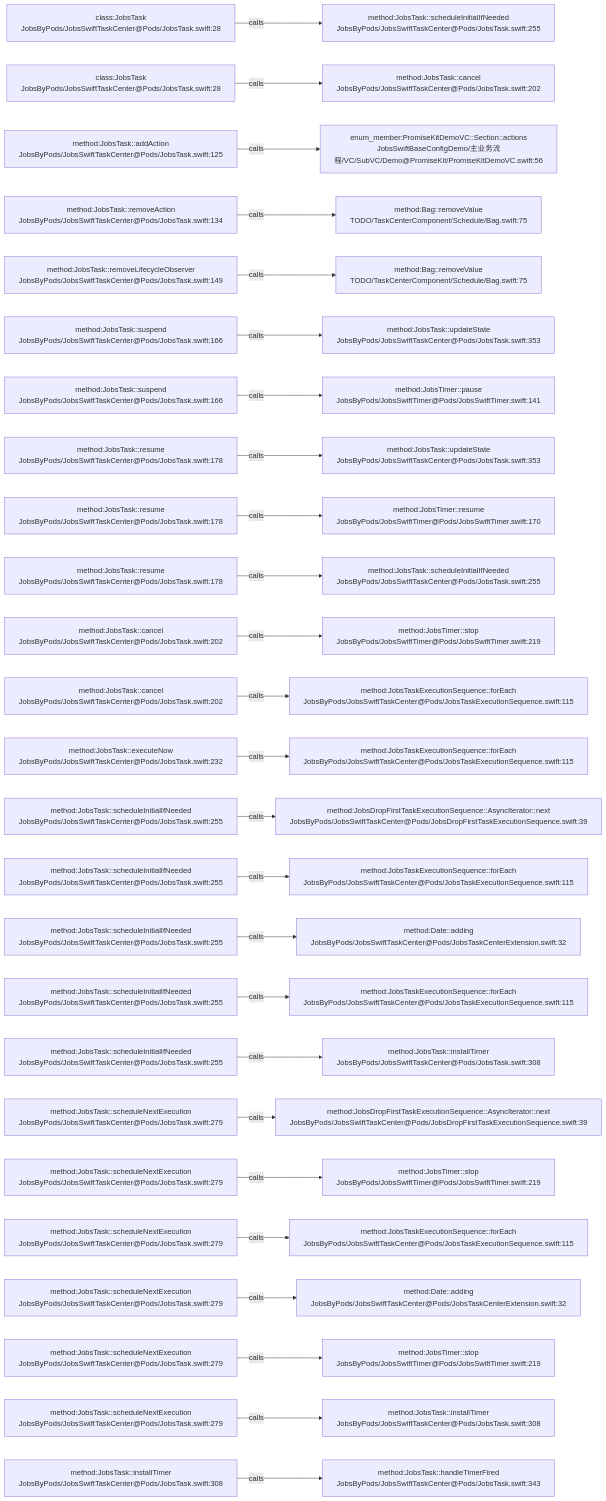
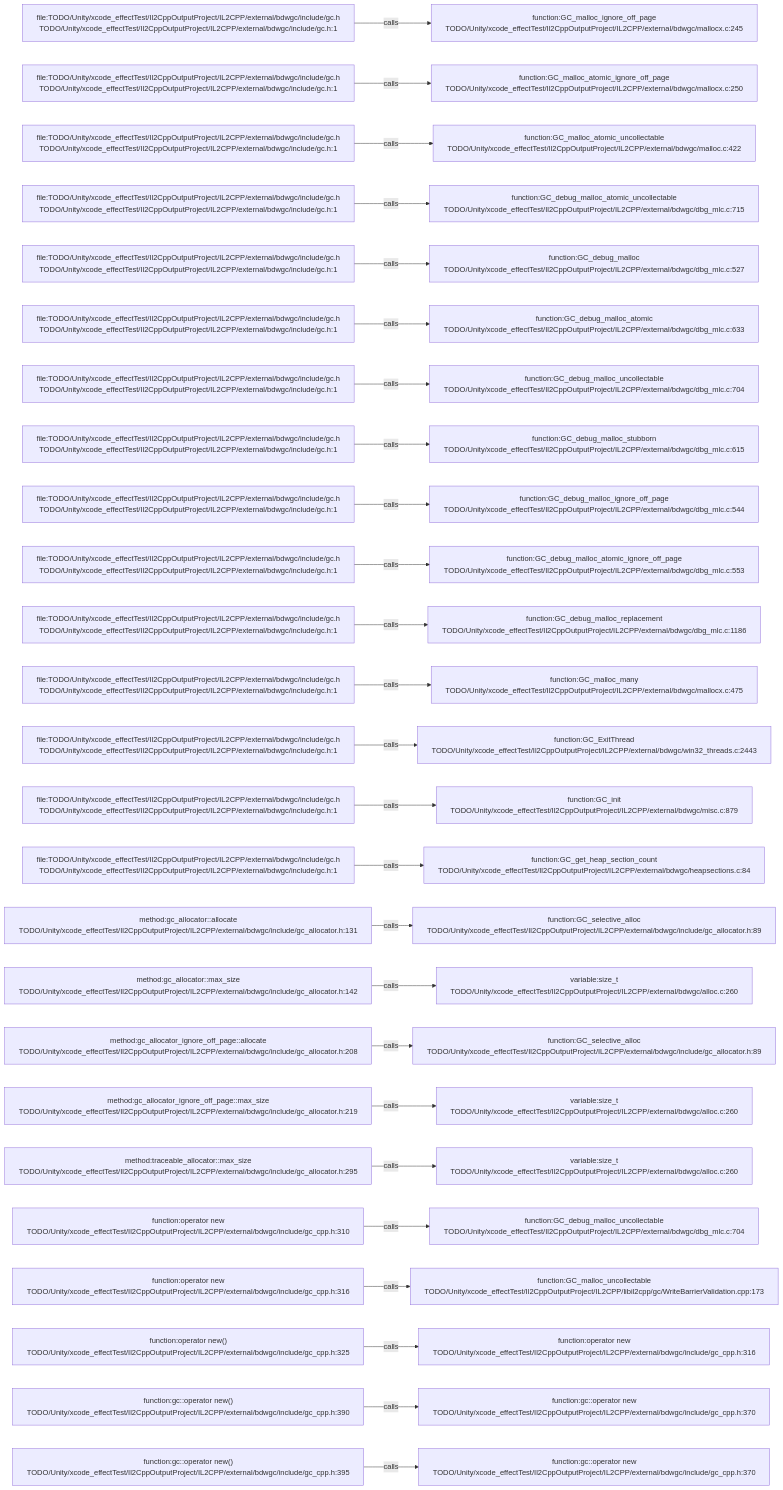
One commit to JobsKits/JobsSwiftBaseConfigDemo changed the diagram in .codegraph/codegraph.md/graphs/calls-180.md. Above: the diagram before and after it, drawn with Mermaid. The commit also changed 569 other files, not shown here.

````diff
--- a/.codegraph/codegraph.md/graphs/calls-180.md
+++ b/.codegraph/codegraph.md/graphs/calls-180.md
@@ -13,78 +13,78 @@
 ```mermaid
 flowchart LR
-  S1["class:JobsTask<br/>JobsByPods/JobsSwiftTaskCenter@Pods/JobsTask.swift:28"]
-  T1["method:JobsTask::scheduleInitialIfNeeded<br/>JobsByPods/JobsSwiftTaskCenter@Pods/JobsTask.swift:255"]
+  S1["file:TODO/Unity/xcode_effectTest/Il2CppOutputProject/IL2CPP/external/bdwgc/include/gc.h<br/>TODO/Unity/xcode_effectTest/Il2CppOutputProject/IL2CPP/external/bdwgc/include/gc.h:1"]
+  T1["function:GC_malloc_ignore_off_page<br/>TODO/Unity/xcode_effectTest/Il2CppOutputProject/IL2CPP/external/bdwgc/mallocx.c:245"]
   S1 -->|calls| T1
-  S2["class:JobsTask<br/>JobsByPods/JobsSwiftTaskCenter@Pods/JobsTask.swift:28"]
-  T2["method:JobsTask::cancel<br/>JobsByPods/JobsSwiftTaskCenter@Pods/JobsTask.swift:202"]
+  S2["file:TODO/Unity/xcode_effectTest/Il2CppOutputProject/IL2CPP/external/bdwgc/include/gc.h<br/>TODO/Unity/xcode_effectTest/Il2CppOutputProject/IL2CPP/external/bdwgc/include/gc.h:1"]
+  T2["function:GC_malloc_atomic_ignore_off_page<br/>TODO/Unity/xcode_effectTest/Il2CppOutputProject/IL2CPP/external/bdwgc/mallocx.c:250"]
   S2 -->|calls| T2
-  S3["method:JobsTask::addAction<br/>JobsByPods/JobsSwiftTaskCenter@Pods/JobsTask.swift:125"]
-  T3["enum_member:PromiseKitDemoVC::Section::actions<br/>JobsSwiftBaseConfigDemo/主业务流程/VC/SubVC/Demo@PromiseKit/PromiseKitDemoVC.swift:56"]
+  S3["file:TODO/Unity/xcode_effectTest/Il2CppOutputProject/IL2CPP/external/bdwgc/include/gc.h<br/>TODO/Unity/xcode_effectTest/Il2CppOutputProject/IL2CPP/external/bdwgc/include/gc.h:1"]
+  T3["function:GC_malloc_atomic_uncollectable<br/>TODO/Unity/xcode_effectTest/Il2CppOutputProject/IL2CPP/external/bdwgc/malloc.c:422"]
   S3 -->|calls| T3
-  S4["method:JobsTask::removeAction<br/>JobsByPods/JobsSwiftTaskCenter@Pods/JobsTask.swift:134"]
-  T4["method:Bag::removeValue<br/>TODO/TaskCenterComponent/Schedule/Bag.swift:75"]
+  S4["file:TODO/Unity/xcode_effectTest/Il2CppOutputProject/IL2CPP/external/bdwgc/include/gc.h<br/>TODO/Unity/xcode_effectTest/Il2CppOutputProject/IL2CPP/external/bdwgc/include/gc.h:1"]
+  T4["function:GC_debug_malloc_atomic_uncollectable<br/>TODO/Unity/xcode_effectTest/Il2CppOutputProject/IL2CPP/external/bdwgc/dbg_mlc.c:715"]
   S4 -->|calls| T4
-  S5["method:JobsTask::removeLifecycleObserver<br/>JobsByPods/JobsSwiftTaskCenter@Pods/JobsTask.swift:149"]
-  T5["method:Bag::removeValue<br/>TODO/TaskCenterComponent/Schedule/Bag.swift:75"]
+  S5["file:TODO/Unity/xcode_effectTest/Il2CppOutputProject/IL2CPP/external/bdwgc/include/gc.h<br/>TODO/Unity/xcode_effectTest/Il2CppOutputProject/IL2CPP/external/bdwgc/include/gc.h:1"]
+  T5["function:GC_debug_malloc<br/>TODO/Unity/xcode_effectTest/Il2CppOutputProject/IL2CPP/external/bdwgc/dbg_mlc.c:527"]
   S5 -->|calls| T5
-  S6["method:JobsTask::suspend<br/>JobsByPods/JobsSwiftTaskCenter@Pods/JobsTask.swift:166"]
-  T6["method:JobsTask::updateState<br/>JobsByPods/JobsSwiftTaskCenter@Pods/JobsTask.swift:353"]
+  S6["file:TODO/Unity/xcode_effectTest/Il2CppOutputProject/IL2CPP/external/bdwgc/include/gc.h<br/>TODO/Unity/xcode_effectTest/Il2CppOutputProject/IL2CPP/external/bdwgc/include/gc.h:1"]
+  T6["function:GC_debug_malloc_atomic<br/>TODO/Unity/xcode_effectTest/Il2CppOutputProject/IL2CPP/external/bdwgc/dbg_mlc.c:633"]
   S6 -->|calls| T6
-  S7["method:JobsTask::suspend<br/>JobsByPods/JobsSwiftTaskCenter@Pods/JobsTask.swift:166"]
-  T7["method:JobsTimer::pause<br/>JobsByPods/JobsSwiftTimer@Pods/JobsSwiftTimer.swift:141"]
+  S7["file:TODO/Unity/xcode_effectTest/Il2CppOutputProject/IL2CPP/external/bdwgc/include/gc.h<br/>TODO/Unity/xcode_effectTest/Il2CppOutputProject/IL2CPP/external/bdwgc/include/gc.h:1"]
+  T7["function:GC_debug_malloc_uncollectable<br/>TODO/Unity/xcode_effectTest/Il2CppOutputProject/IL2CPP/external/bdwgc/dbg_mlc.c:704"]
   S7 -->|calls| T7
-  S8["method:JobsTask::resume<br/>JobsByPods/JobsSwiftTaskCenter@Pods/JobsTask.swift:178"]
-  T8["method:JobsTask::updateState<br/>JobsByPods/JobsSwiftTaskCenter@Pods/JobsTask.swift:353"]
+  S8["file:TODO/Unity/xcode_effectTest/Il2CppOutputProject/IL2CPP/external/bdwgc/include/gc.h<br/>TODO/Unity/xcode_effectTest/Il2CppOutputProject/IL2CPP/external/bdwgc/include/gc.h:1"]
+  T8["function:GC_debug_malloc_stubborn<br/>TODO/Unity/xcode_effectTest/Il2CppOutputProject/IL2CPP/external/bdwgc/dbg_mlc.c:615"]
   S8 -->|calls| T8
-  S9["method:JobsTask::resume<br/>JobsByPods/JobsSwiftTaskCenter@Pods/JobsTask.swift:178"]
-  T9["method:JobsTimer::resume<br/>JobsByPods/JobsSwiftTimer@Pods/JobsSwiftTimer.swift:170"]
+  S9["file:TODO/Unity/xcode_effectTest/Il2CppOutputProject/IL2CPP/external/bdwgc/include/gc.h<br/>TODO/Unity/xcode_effectTest/Il2CppOutputProject/IL2CPP/external/bdwgc/include/gc.h:1"]
+  T9["function:GC_debug_malloc_ignore_off_page<br/>TODO/Unity/xcode_effectTest/Il2CppOutputProject/IL2CPP/external/bdwgc/dbg_mlc.c:544"]
   S9 -->|calls| T9
-  S10["method:JobsTask::resume<br/>JobsByPods/JobsSwiftTaskCenter@Pods/JobsTask.swift:178"]
-  T10["method:JobsTask::scheduleInitialIfNeeded<br/>JobsByPods/JobsSwiftTaskCenter@Pods/JobsTask.swift:255"]
+  S10["file:TODO/Unity/xcode_effectTest/Il2CppOutputProject/IL2CPP/external/bdwgc/include/gc.h<br/>TODO/Unity/xcode_effectTest/Il2CppOutputProject/IL2CPP/external/bdwgc/include/gc.h:1"]
+  T10["function:GC_debug_malloc_atomic_ignore_off_page<br/>TODO/Unity/xcode_effectTest/Il2CppOutputProject/IL2CPP/external/bdwgc/dbg_mlc.c:553"]
   S10 -->|calls| T10
-  S11["method:JobsTask::cancel<br/>JobsByPods/JobsSwiftTaskCenter@Pods/JobsTask.swift:202"]
-  T11["method:JobsTimer::stop<br/>JobsByPods/JobsSwiftTimer@Pods/JobsSwiftTimer.swift:219"]
+  S11["file:TODO/Unity/xcode_effectTest/Il2CppOutputProject/IL2CPP/external/bdwgc/include/gc.h<br/>TODO/Unity/xcode_effectTest/Il2CppOutputProject/IL2CPP/external/bdwgc/include/gc.h:1"]
+  T11["function:GC_debug_malloc_replacement<br/>TODO/Unity/xcode_effectTest/Il2CppOutputProject/IL2CPP/external/bdwgc/dbg_mlc.c:1186"]
   S11 -->|calls| T11
-  S12["method:JobsTask::cancel<br/>JobsByPods/JobsSwiftTaskCenter@Pods/JobsTask.swift:202"]
-  T12["method:JobsTaskExecutionSequence::forEach<br/>JobsByPods/JobsSwiftTaskCenter@Pods/JobsTaskExecutionSequence.swift:115"]
+  S12["file:TODO/Unity/xcode_effectTest/Il2CppOutputProject/IL2CPP/external/bdwgc/include/gc.h<br/>TODO/Unity/xcode_effectTest/Il2CppOutputProject/IL2CPP/external/bdwgc/include/gc.h:1"]
+  T12["function:GC_malloc_many<br/>TODO/Unity/xcode_effectTest/Il2CppOutputProject/IL2CPP/external/bdwgc/mallocx.c:475"]
   S12 -->|calls| T12
-  S13["method:JobsTask::executeNow<br/>JobsByPods/JobsSwiftTaskCenter@Pods/JobsTask.swift:232"]
-  T13["method:JobsTaskExecutionSequence::forEach<br/>JobsByPods/JobsSwiftTaskCenter@Pods/JobsTaskExecutionSequence.swift:115"]
+  S13["file:TODO/Unity/xcode_effectTest/Il2CppOutputProject/IL2CPP/external/bdwgc/include/gc.h<br/>TODO/Unity/xcode_effectTest/Il2CppOutputProject/IL2CPP/external/bdwgc/include/gc.h:1"]
+  T13["function:GC_ExitThread<br/>TODO/Unity/xcode_effectTest/Il2CppOutputProject/IL2CPP/external/bdwgc/win32_threads.c:2443"]
   S13 -->|calls| T13
-  S14["method:JobsTask::scheduleInitialIfNeeded<br/>JobsByPods/JobsSwiftTaskCenter@Pods/JobsTask.swift:255"]
-  T14["method:JobsDropFirstTaskExecutionSequence::AsyncIterator::next<br/>JobsByPods/JobsSwiftTaskCenter@Pods/JobsDropFirstTaskExecutionSequence.swift:39"]
+  S14["file:TODO/Unity/xcode_effectTest/Il2CppOutputProject/IL2CPP/external/bdwgc/include/gc.h<br/>TODO/Unity/xcode_effectTest/Il2CppOutputProject/IL2CPP/external/bdwgc/include/gc.h:1"]
+  T14["function:GC_init<br/>TODO/Unity/xcode_effectTest/Il2CppOutputProject/IL2CPP/external/bdwgc/misc.c:879"]
   S14 -->|calls| T14
-  S15["method:JobsTask::scheduleInitialIfNeeded<br/>JobsByPods/JobsSwiftTaskCenter@Pods/JobsTask.swift:255"]
-  T15["method:JobsTaskExecutionSequence::forEach<br/>JobsByPods/JobsSwiftTaskCenter@Pods/JobsTaskExecutionSequence.swift:115"]
+  S15["file:TODO/Unity/xcode_effectTest/Il2CppOutputProject/IL2CPP/external/bdwgc/include/gc.h<br/>TODO/Unity/xcode_effectTest/Il2CppOutputProject/IL2CPP/external/bdwgc/include/gc.h:1"]
+  T15["function:GC_get_heap_section_count<br/>TODO/Unity/xcode_effectTest/Il2CppOutputProject/IL2CPP/external/bdwgc/heapsections.c:84"]
   S15 -->|calls| T15
-  S16["method:JobsTask::scheduleInitialIfNeeded<br/>JobsByPods/JobsSwiftTaskCenter@Pods/JobsTask.swift:255"]
-  T16["method:Date::adding<br/>JobsByPods/JobsSwiftTaskCenter@Pods/JobsTaskCenterExtension.swift:32"]
+  S16["method:gc_allocator::allocate<br/>TODO/Unity/xcode_effectTest/Il2CppOutputProject/IL2CPP/external/bdwgc/include/gc_allocator.h:131"]
+  T16["function:GC_selective_alloc<br/>TODO/Unity/xcode_effectTest/Il2CppOutputProject/IL2CPP/external/bdwgc/include/gc_allocator.h:89"]
   S16 -->|calls| T16
-  S17["method:JobsTask::scheduleInitialIfNeeded<br/>JobsByPods/JobsSwiftTaskCenter@Pods/JobsTask.swift:255"]
-  T17["method:JobsTaskExecutionSequence::forEach<br/>JobsByPods/JobsSwiftTaskCenter@Pods/JobsTaskExecutionSequence.swift:115"]
+  S17["method:gc_allocator::max_size<br/>TODO/Unity/xcode_effectTest/Il2CppOutputProject/IL2CPP/external/bdwgc/include/gc_allocator.h:142"]
+  T17["variable:size_t<br/>TODO/Unity/xcode_effectTest/Il2CppOutputProject/IL2CPP/external/bdwgc/alloc.c:260"]
   S17 -->|calls| T17
-  S18["method:JobsTask::scheduleInitialIfNeeded<br/>JobsByPods/JobsSwiftTaskCenter@Pods/JobsTask.swift:255"]
-  T18["method:JobsTask::installTimer<br/>JobsByPods/JobsSwiftTaskCenter@Pods/JobsTask.swift:308"]
+  S18["method:gc_allocator_ignore_off_page::allocate<br/>TODO/Unity/xcode_effectTest/Il2CppOutputProject/IL2CPP/external/bdwgc/include/gc_allocator.h:208"]
+  T18["function:GC_selective_alloc<br/>TODO/Unity/xcode_effectTest/Il2CppOutputProject/IL2CPP/external/bdwgc/include/gc_allocator.h:89"]
   S18 -->|calls| T18
-  S19["method:JobsTask::scheduleNextExecution<br/>JobsByPods/JobsSwiftTaskCenter@Pods/JobsTask.swift:279"]
-  T19["method:JobsDropFirstTaskExecutionSequence::AsyncIterator::next<br/>JobsByPods/JobsSwiftTaskCenter@Pods/JobsDropFirstTaskExecutionSequence.swift:39"]
+  S19["method:gc_allocator_ignore_off_page::max_size<br/>TODO/Unity/xcode_effectTest/Il2CppOutputProject/IL2CPP/external/bdwgc/include/gc_allocator.h:219"]
+  T19["variable:size_t<br/>TODO/Unity/xcode_effectTest/Il2CppOutputProject/IL2CPP/external/bdwgc/alloc.c:260"]
   S19 -->|calls| T19
-  S20["method:JobsTask::scheduleNextExecution<br/>JobsByPods/JobsSwiftTaskCenter@Pods/JobsTask.swift:279"]
-  T20["method:JobsTimer::stop<br/>JobsByPods/JobsSwiftTimer@Pods/JobsSwiftTimer.swift:219"]
+  S20["method:traceable_allocator::max_size<br/>TODO/Unity/xcode_effectTest/Il2CppOutputProject/IL2CPP/external/bdwgc/include/gc_allocator.h:295"]
+  T20["variable:size_t<br/>TODO/Unity/xcode_effectTest/Il2CppOutputProject/IL2CPP/external/bdwgc/alloc.c:260"]
   S20 -->|calls| T20
-  S21["method:JobsTask::scheduleNextExecution<br/>JobsByPods/JobsSwiftTaskCenter@Pods/JobsTask.swift:279"]
-  T21["method:JobsTaskExecutionSequence::forEach<br/>JobsByPods/JobsSwiftTaskCenter@Pods/JobsTaskExecutionSequence.swift:115"]
+  S21["function:operator new<br/>TODO/Unity/xcode_effectTest/Il2CppOutputProject/IL2CPP/external/bdwgc/include/gc_cpp.h:310"]
+  T21["function:GC_debug_malloc_uncollectable<br/>TODO/Unity/xcode_effectTest/Il2CppOutputProject/IL2CPP/external/bdwgc/dbg_mlc.c:704"]
   S21 -->|calls| T21
-  S22["method:JobsTask::scheduleNextExecution<br/>JobsByPods/JobsSwiftTaskCenter@Pods/JobsTask.swift:279"]
-  T22["method:Date::adding<br/>JobsByPods/JobsSwiftTaskCenter@Pods/JobsTaskCenterExtension.swift:32"]
+  S22["function:operator new<br/>TODO/Unity/xcode_effectTest/Il2CppOutputProject/IL2CPP/external/bdwgc/include/gc_cpp.h:316"]
+  T22["function:GC_malloc_uncollectable<br/>TODO/Unity/xcode_effectTest/Il2CppOutputProject/IL2CPP/libil2cpp/gc/WriteBarrierValidation.cpp:173"]
   S22 -->|calls| T22
-  S23["method:JobsTask::scheduleNextExecution<br/>JobsByPods/JobsSwiftTaskCenter@Pods/JobsTask.swift:279"]
-  T23["method:JobsTimer::stop<br/>JobsByPods/JobsSwiftTimer@Pods/JobsSwiftTimer.swift:219"]
+  S23["function:operator new()<br/>TODO/Unity/xcode_effectTest/Il2CppOutputProject/IL2CPP/external/bdwgc/include/gc_cpp.h:325"]
+  T23["function:operator new<br/>TODO/Unity/xcode_effectTest/Il2CppOutputProject/IL2CPP/external/bdwgc/include/gc_cpp.h:316"]
   S23 -->|calls| T23
-  S24["method:JobsTask::scheduleNextExecution<br/>JobsByPods/JobsSwiftTaskCenter@Pods/JobsTask.swift:279"]
-  T24["method:JobsTask::installTimer<br/>JobsByPods/JobsSwiftTaskCenter@Pods/JobsTask.swift:308"]
+  S24["function:gc::operator new()<br/>TODO/Unity/xcode_effectTest/Il2CppOutputProject/IL2CPP/external/bdwgc/include/gc_cpp.h:390"]
+  T24["function:gc::operator new<br/>TODO/Unity/xcode_effectTest/Il2CppOutputProject/IL2CPP/external/bdwgc/include/gc_cpp.h:370"]
   S24 -->|calls| T24
-  S25["method:JobsTask::installTimer<br/>JobsByPods/JobsSwiftTaskCenter@Pods/JobsTask.swift:308"]
-  T25["method:JobsTask::handleTimerFired<br/>JobsByPods/JobsSwiftTaskCenter@Pods/JobsTask.swift:343"]
+  S25["function:gc::operator new()<br/>TODO/Unity/xcode_effectTest/Il2CppOutputProject/IL2CPP/external/bdwgc/include/gc_cpp.h:395"]
+  T25["function:gc::operator new<br/>TODO/Unity/xcode_effectTest/Il2CppOutputProject/IL2CPP/external/bdwgc/include/gc_cpp.h:370"]
   S25 -->|calls| T25
 ```
````
